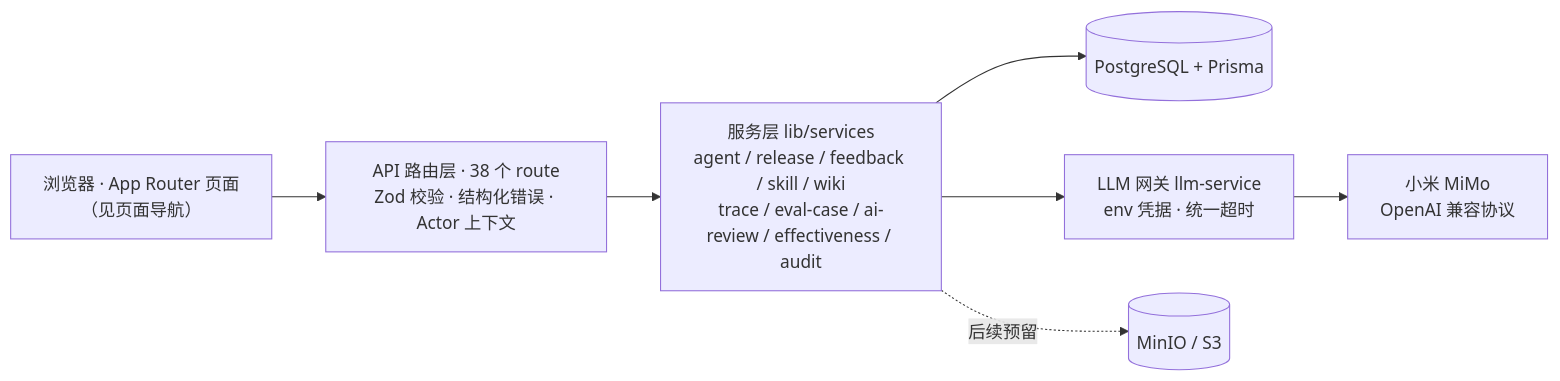
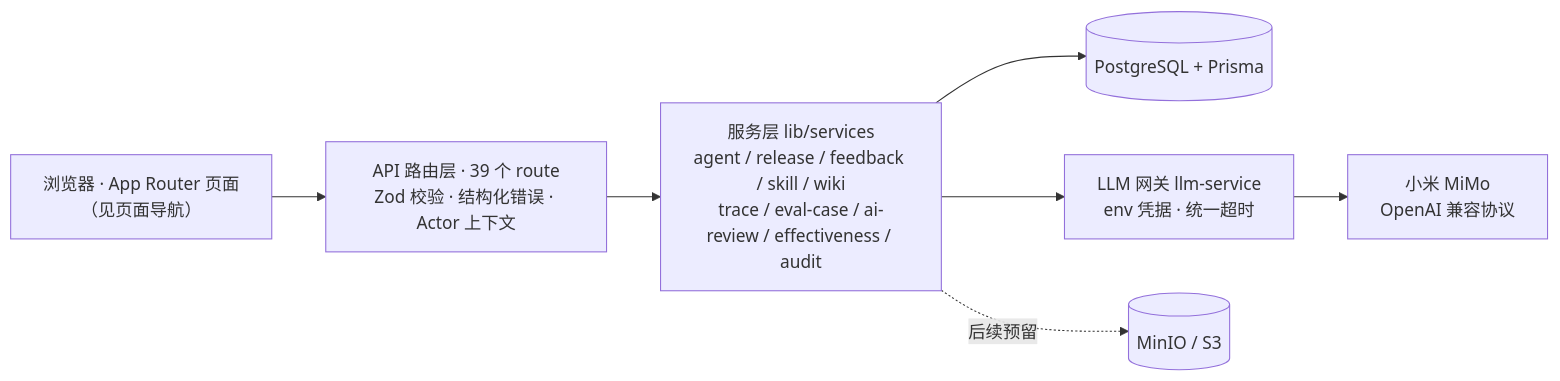
Before and after one commit to ai-guru-global/agent-up: the first of 2 diagrams in README.md, drawn with Mermaid. The commit also changed other lines of this file, not shown here.

Commit message:
docs(readme): 口径同步——wiki 检索接线 / MaaS 用量 LIVE / 340 测试与 39 route 计数

````diff
--- a/README.md
+++ b/README.md
@@ -143,9 +143,9 @@
 ```mermaid
 flowchart LR
-    P["浏览器 · App Router 页面<br/>（见页面导航）"] --> A["API 路由层 · 38 个 route<br/>Zod 校验 · 结构化错误 · Actor 上下文"]
+    P["浏览器 · App Router 页面<br/>（见页面导航）"] --> A["API 路由层 · 39 个 route<br/>Zod 校验 · 结构化错误 · Actor 上下文"]
     A --> S["服务层 lib/services<br/>agent / release / feedback / skill / wiki<br/>trace / eval-case / ai-review / effectiveness / audit"]
     S --> DB[("PostgreSQL + Prisma")]
     S --> L["LLM 网关 llm-service<br/>env 凭据 · 统一超时"]
     L --> M["小米 MiMo<br/>OpenAI 兼容协议"]
     S -. 后续预留 .-> O[("MinIO / S3")]
 ```
````
